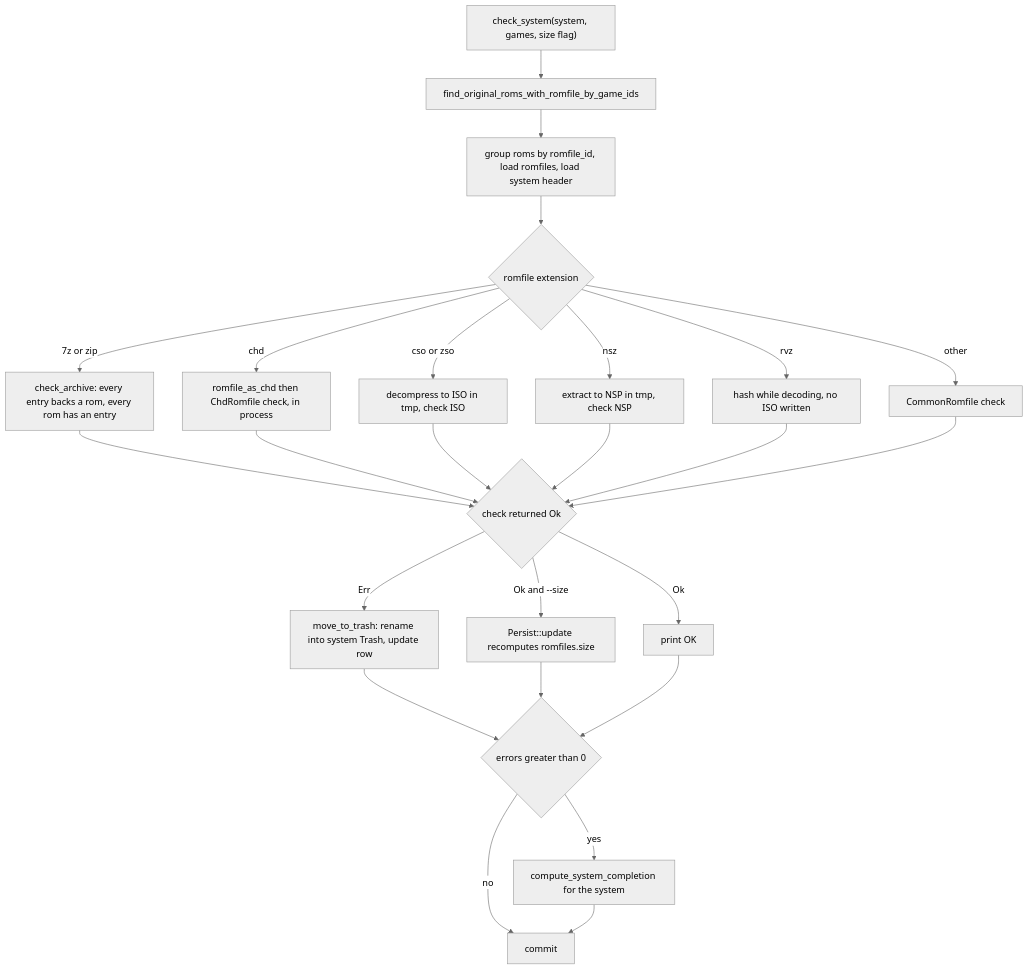
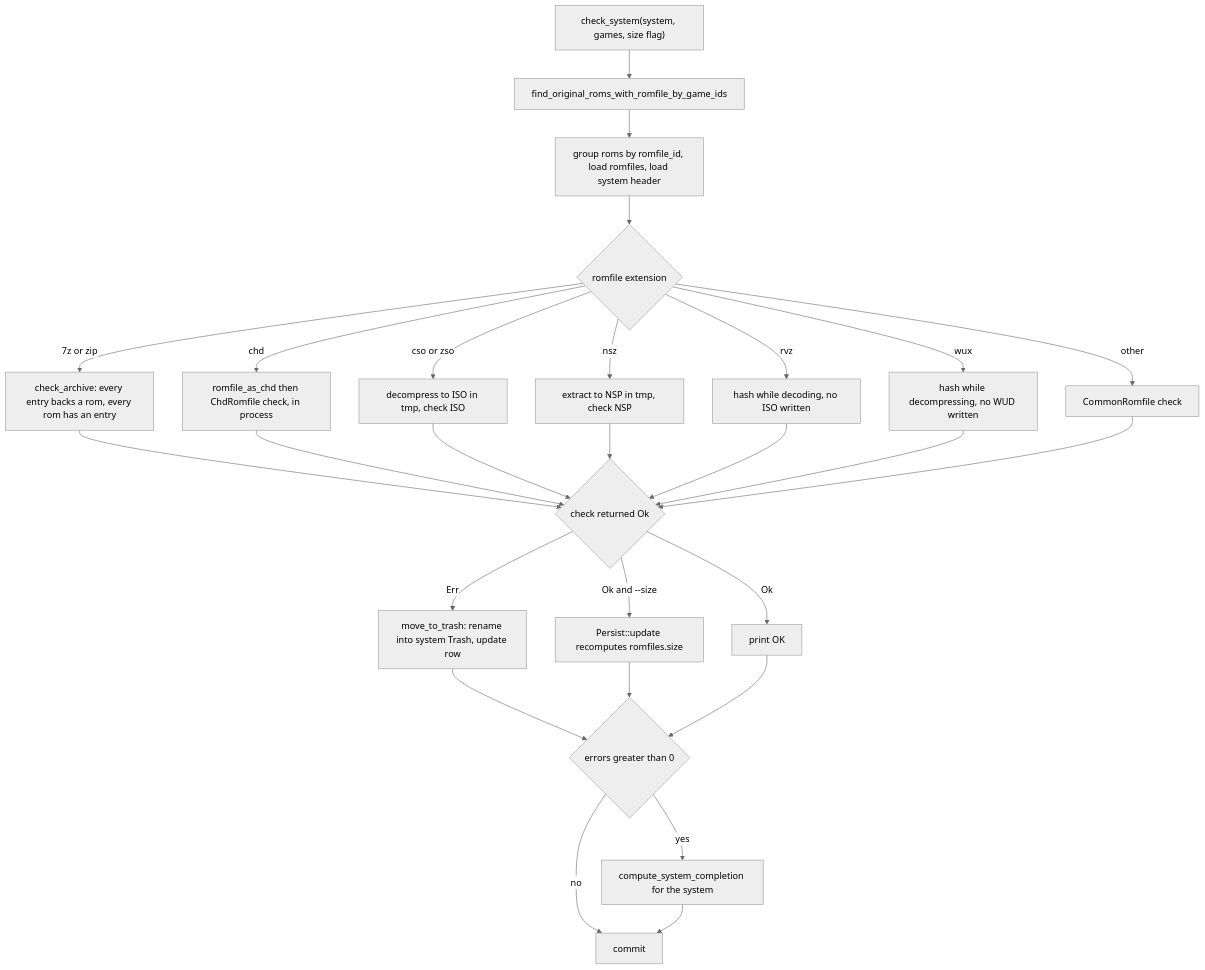
Before and after one commit to alucryd/oxyromon: the first of 2 diagrams in openwiki/workflows/integrity-check-and-purge.md, drawn with Mermaid (neutral theme). The commit also changed other lines of this file and 64 other files, not shown here.

````diff
--- a/openwiki/workflows/integrity-check-and-purge.md
+++ b/openwiki/workflows/integrity-check-and-purge.md
@@ -169,27 +174,29 @@
 ```mermaid
 flowchart TD
     A["check_system(system, games, size flag)"] --> B["find_original_roms_with_romfile_by_game_ids"]
     B --> C["group roms by romfile_id, load romfiles, load system header"]
     C --> D{"romfile extension"}
     D -->|7z or zip| E["check_archive: every entry backs a rom, every rom has an entry"]
     D -->|chd| F["romfile_as_chd then ChdRomfile check, in process"]
     D -->|cso or zso| I["decompress to ISO in tmp, check ISO"]
     D -->|nsz| J["extract to NSP in tmp, check NSP"]
     D -->|rvz| K["hash while decoding, no ISO written"]
+    D -->|wux| W["hash while decompressing, no WUD written"]
     D -->|other| L["CommonRomfile check"]
     E --> M{"check returned Ok"}
     F --> M
     I --> M
     J --> M
     K --> M
+    W --> M
     L --> M
     M -->|Err| N["move_to_trash: rename into system Trash, update row"]
     M -->|"Ok and --size"| O["Persist::update recomputes romfiles.size"]
     M -->|Ok| P["print OK"]
     N --> Q{"errors greater than 0"}
     O --> Q
     P --> Q
     Q -->|yes| R["compute_system_completion for the system"]
     Q -->|no| S["commit"]
     R --> S
 ```
````
